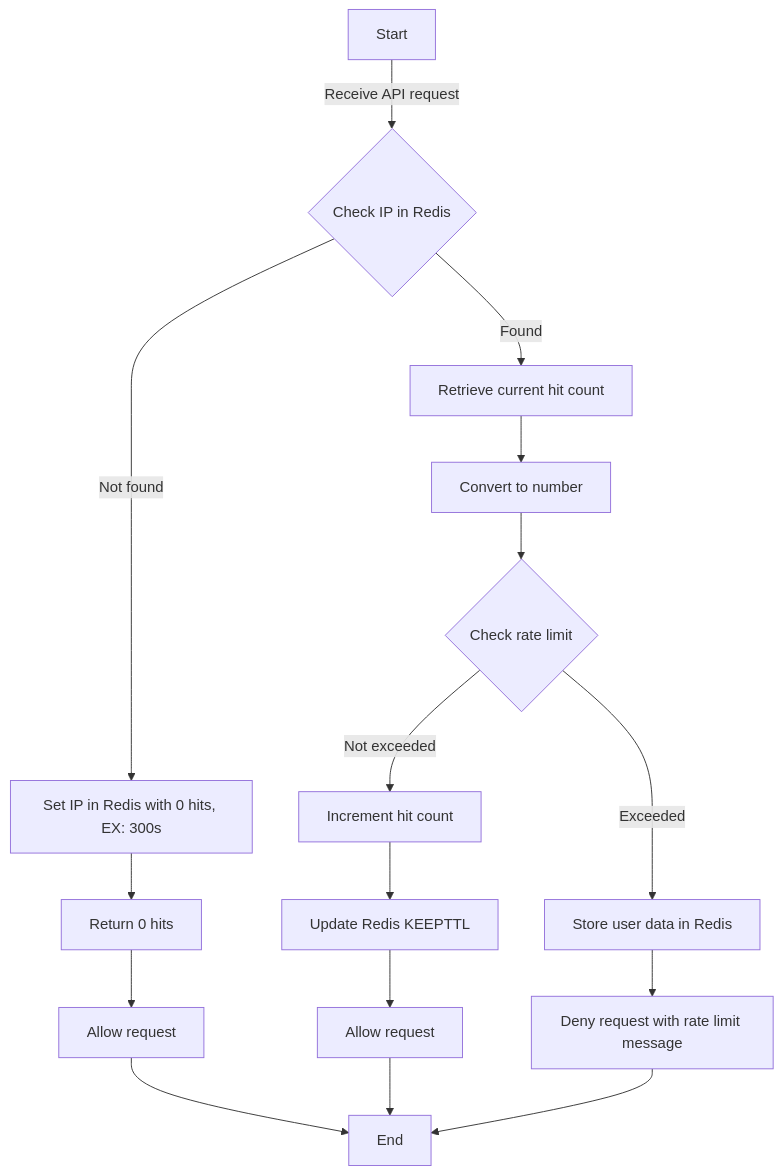
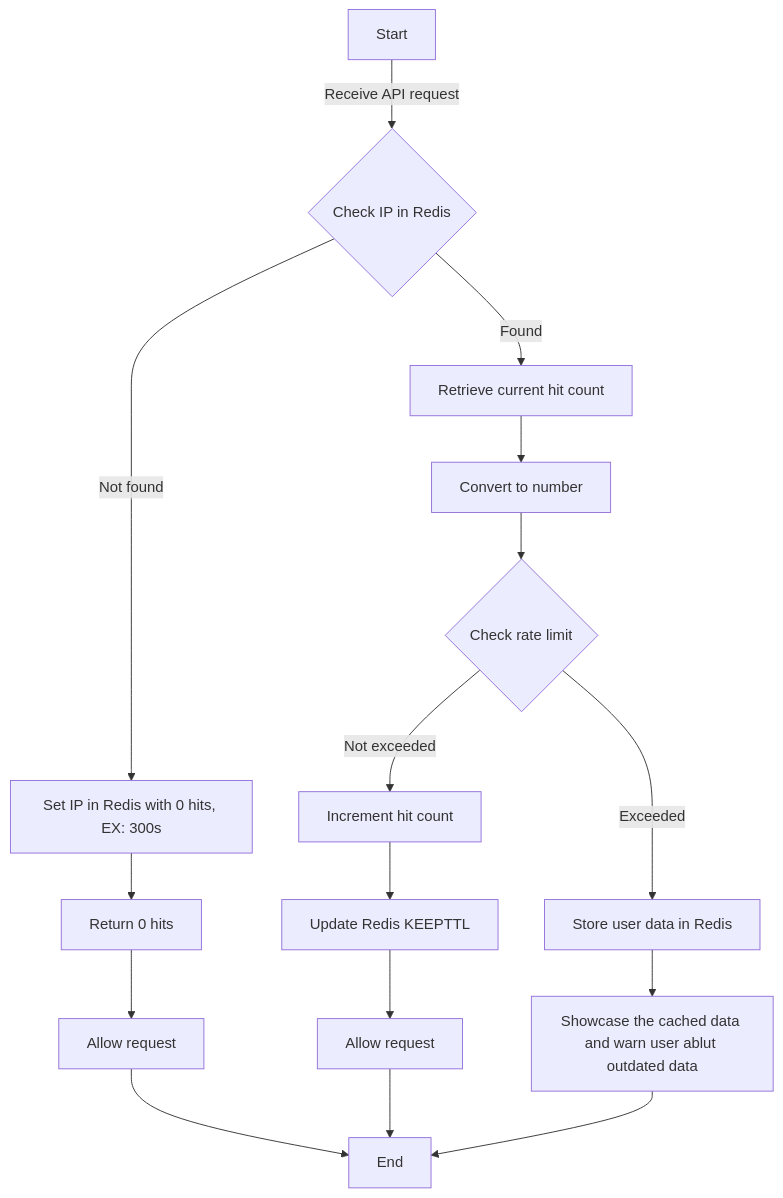
One commit to Hemit99123/dailysat-software-designs changed the diagram in rate-limit.md. Above: the diagram before and after it, drawn with Mermaid.

````diff
--- a/rate-limit.md
+++ b/rate-limit.md
@@ -4,16 +4,16 @@
 ```mermaid
 graph TD
   A[Start] -->|Receive API request| B{Check IP in Redis}
 
   B -- Not found --> C[Set IP in Redis with 0 hits, EX: 300s] --> D[Return 0 hits] --> E[Allow request]
   B -- Found --> F[Retrieve current hit count] --> G[Convert to number] --> H{Check rate limit}
 
   H -- Not exceeded --> I[Increment hit count] --> J[Update Redis KEEPTTL] --> K[Allow request]
-  H -- Exceeded --> L[Store user data in Redis] --> M[Deny request with rate limit message]
+  H -- Exceeded --> L[Store user data in Redis] --> M[Showcase the cached data and warn user ablut outdated data]
 
   E --> N[End]
   K --> N
   M --> N
 
 
 ```
````
